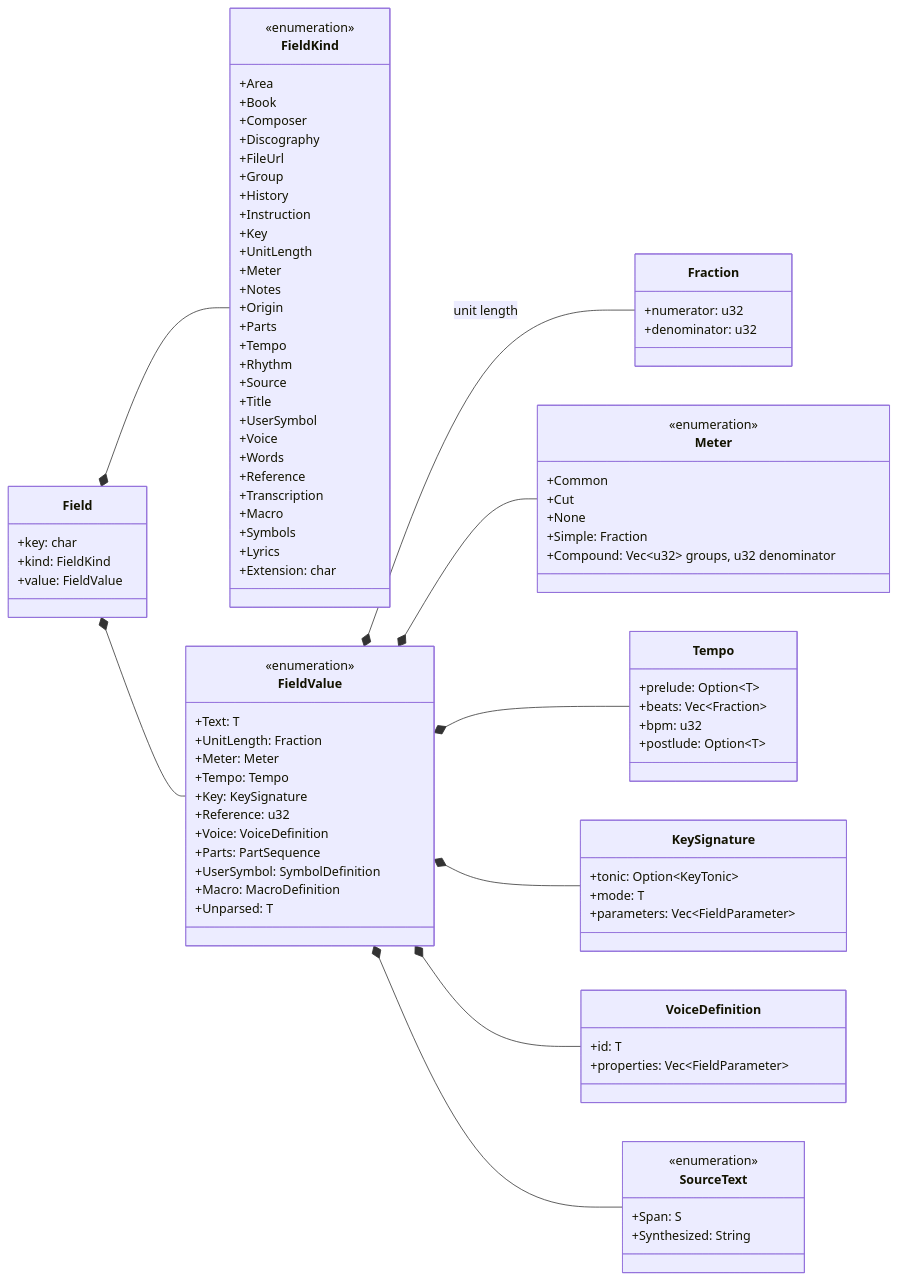
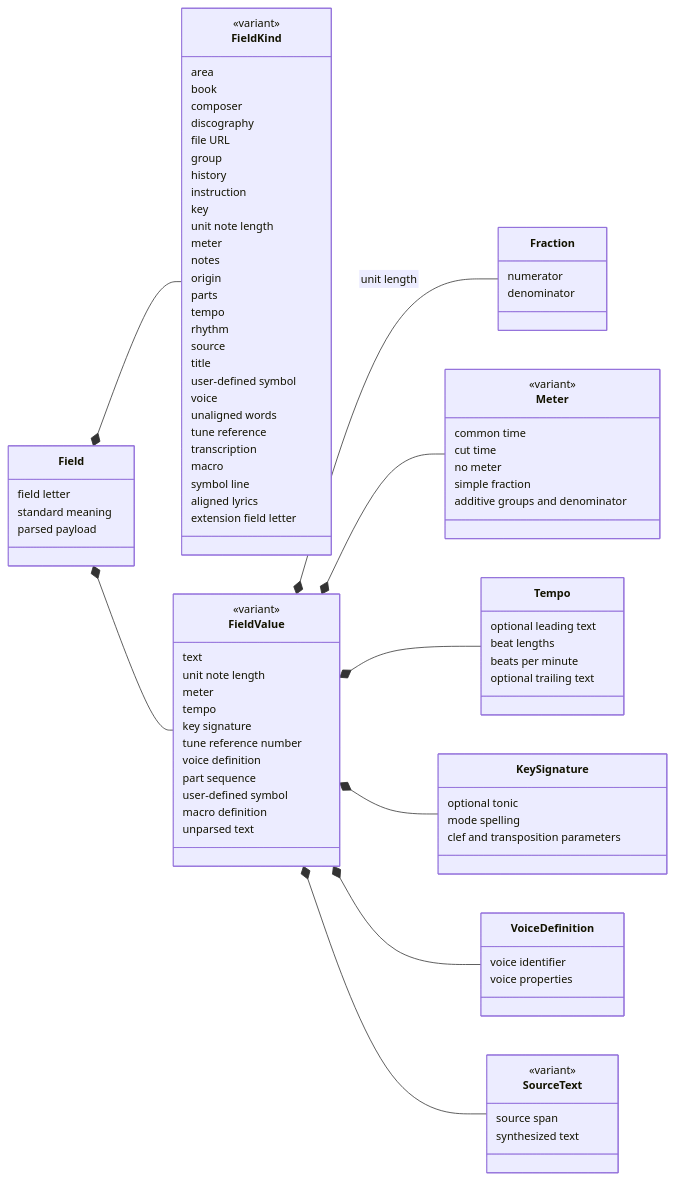
Before and after one commit to mauricebarnum/abc-parser: the sixth of 8 diagrams in docs/architecture.md, drawn with Mermaid. The commit also changed other lines of this file, not shown here.

First line of the commit message:
Refine architecture diagram readability

````diff
--- a/docs/architecture.md
+++ b/docs/architecture.md
@@ -368,86 +405,92 @@
 ```mermaid
+---
+config:
+  htmlLabels: false
+  themeVariables:
+    fontSize: 14px
+---
 classDiagram
     direction LR
     class Field {
-        +key: char
-        +kind: FieldKind
-        +value: FieldValue
+        field letter
+        standard meaning
+        parsed payload
     }
     class FieldKind {
-        <<enumeration>>
-        +Area
-        +Book
-        +Composer
-        +Discography
-        +FileUrl
-        +Group
-        +History
-        +Instruction
-        +Key
-        +UnitLength
-        +Meter
-        +Notes
-        +Origin
-        +Parts
-        +Tempo
-        +Rhythm
-        +Source
-        +Title
-        +UserSymbol
-        +Voice
-        +Words
-        +Reference
-        +Transcription
-        +Macro
-        +Symbols
-        +Lyrics
-        +Extension: char
+        <<variant>>
+        area
+        book
+        composer
+        discography
+        file URL
+        group
+        history
+        instruction
+        key
+        unit note length
+        meter
+        notes
+        origin
+        parts
+        tempo
+        rhythm
+        source
+        title
+        user-defined symbol
+        voice
+        unaligned words
+        tune reference
+        transcription
+        macro
+        symbol line
+        aligned lyrics
+        extension field letter
     }
     class FieldValue {
-        <<enumeration>>
-        +Text: T
-        +UnitLength: Fraction
-        +Meter: Meter
-        +Tempo: Tempo
-        +Key: KeySignature
-        +Reference: u32
-        +Voice: VoiceDefinition
-        +Parts: PartSequence
-        +UserSymbol: SymbolDefinition
-        +Macro: MacroDefinition
-        +Unparsed: T
+        <<variant>>
+        text
+        unit note length
+        meter
+        tempo
+        key signature
+        tune reference number
+        voice definition
+        part sequence
+        user-defined symbol
+        macro definition
+        unparsed text
     }
     class Fraction {
-        +numerator: u32
-        +denominator: u32
+        numerator
+        denominator
     }
     class Meter {
-        <<enumeration>>
-        +Common
-        +Cut
-        +None
-        +Simple: Fraction
-        +Compound: Vec~u32~ groups, u32 denominator
+        <<variant>>
+        common time
+        cut time
+        no meter
+        simple fraction
+        additive groups and denominator
     }
     class Tempo {
-        +prelude: Option~T~
-        +beats: Vec~Fraction~
-        +bpm: u32
-        +postlude: Option~T~
+        optional leading text
+        beat lengths
+        beats per minute
+        optional trailing text
     }
     class KeySignature {
-        +tonic: Option~KeyTonic~
-        +mode: T
-        +parameters: Vec~FieldParameter~
+        optional tonic
+        mode spelling
+        clef and transposition parameters
     }
     class VoiceDefinition {
-        +id: T
-        +properties: Vec~FieldParameter~
+        voice identifier
+        voice properties
     }
     class SourceText {
-        <<enumeration>>
-        +Span: S
-        +Synthesized: String
+        <<variant>>
+        source span
+        synthesized text
     }
     Field *-- FieldKind
     Field *-- FieldValue
````
